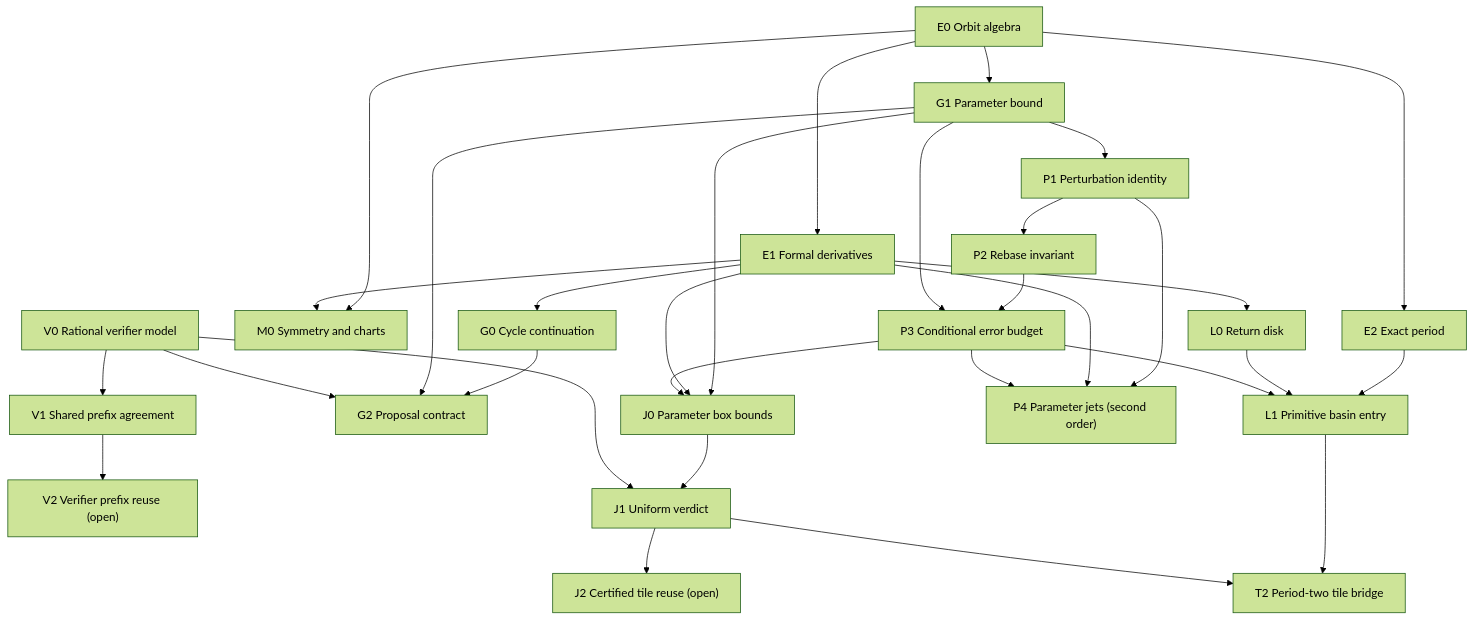
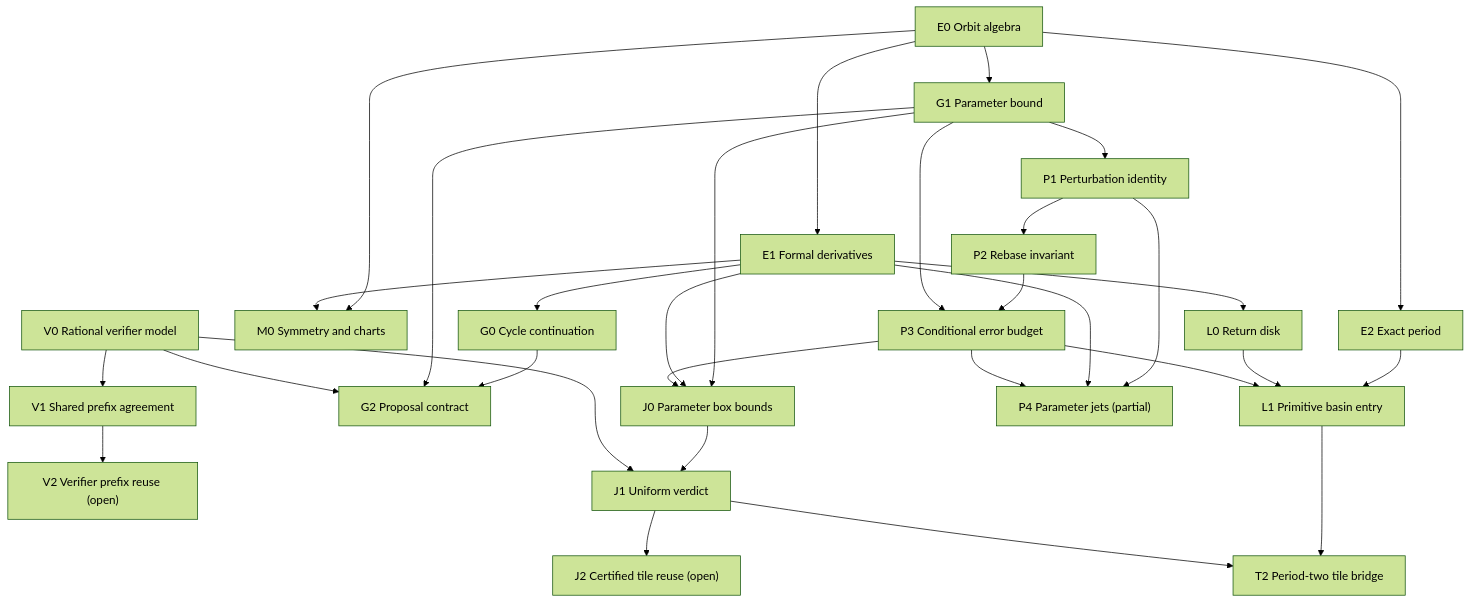
Before and after one commit to Aaron-Fine/int-M-: the diagram in docs/verification/LEAN-PROOF-DAG.md, drawn with Mermaid (forest theme). The commit also changed other lines of this file and 6 other files, not shown here.

````diff
--- a/docs/verification/LEAN-PROOF-DAG.md
+++ b/docs/verification/LEAN-PROOF-DAG.md
@@ -7,34 +7,34 @@
 ```mermaid
 flowchart TD
   E0["E0 Orbit algebra"] --> E1["E1 Formal derivatives"]
   E0 --> E2["E2 Exact period"]
   E0 --> M0["M0 Symmetry and charts"]
   E1 --> M0
   V0["V0 Rational verifier model"]
   V0 --> V1["V1 Shared prefix agreement"]
   V1 --> V2["V2 Verifier prefix reuse (open)"]
   E1 --> G0["G0 Cycle continuation"]
   E0 --> G1["G1 Parameter bound"]
   G0 --> G2["G2 Proposal contract"]
   G1 --> G2
   V0 --> G2
   E1 --> L0["L0 Return disk"]
   E2 --> L1["L1 Primitive basin entry"]
   L0 --> L1
   G1 --> J0["J0 Parameter box bounds"]
   E1 --> J0
   J0 --> J1["J1 Uniform verdict"]
   V0 --> J1
   J1 --> J2["J2 Certified tile reuse (open)"]
   L1 --> T2["T2 Period-two tile bridge"]
   J1 --> T2
   G1 --> P1["P1 Perturbation identity"]
   P1 --> P2["P2 Rebase invariant"]
   P2 --> P3["P3 Conditional error budget"]
   G1 --> P3
   P3 --> J0
   P3 --> L1
-  P1 --> P4["P4 Parameter jets (second order)"]
+  P1 --> P4["P4 Parameter jets (partial)"]
   E1 --> P4
   P3 --> P4
 ```
````
